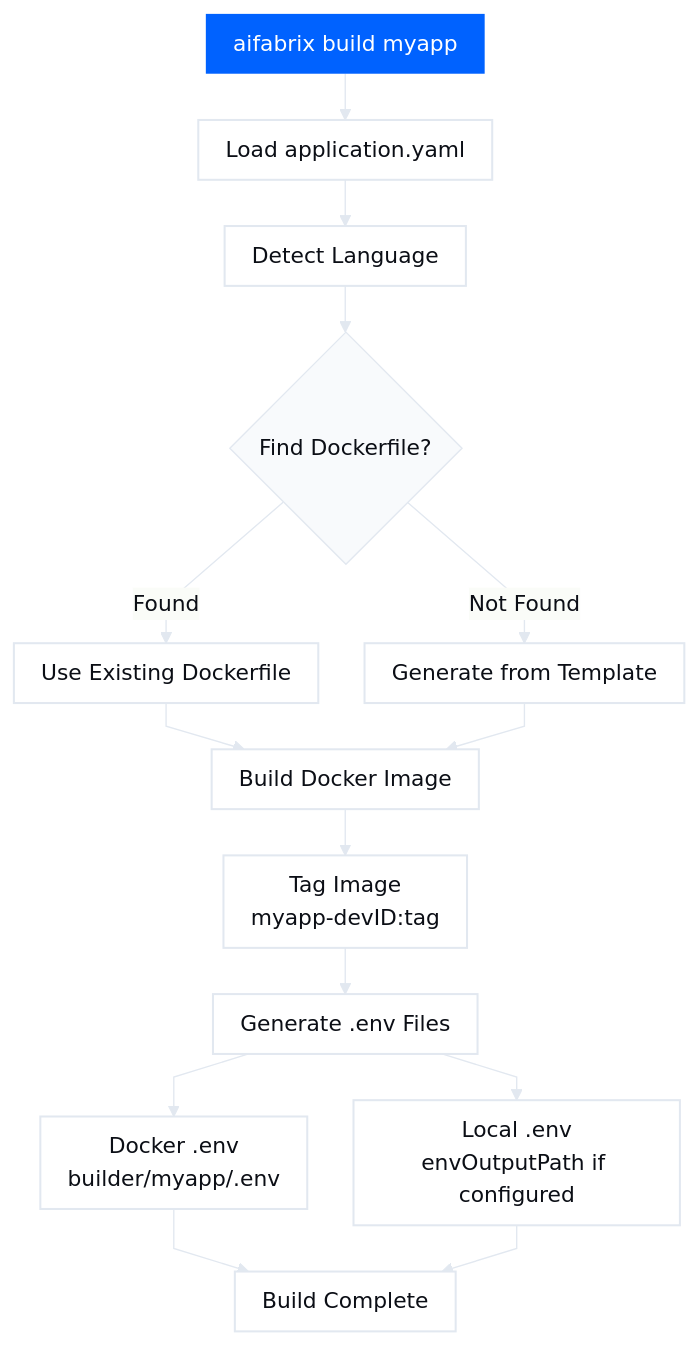
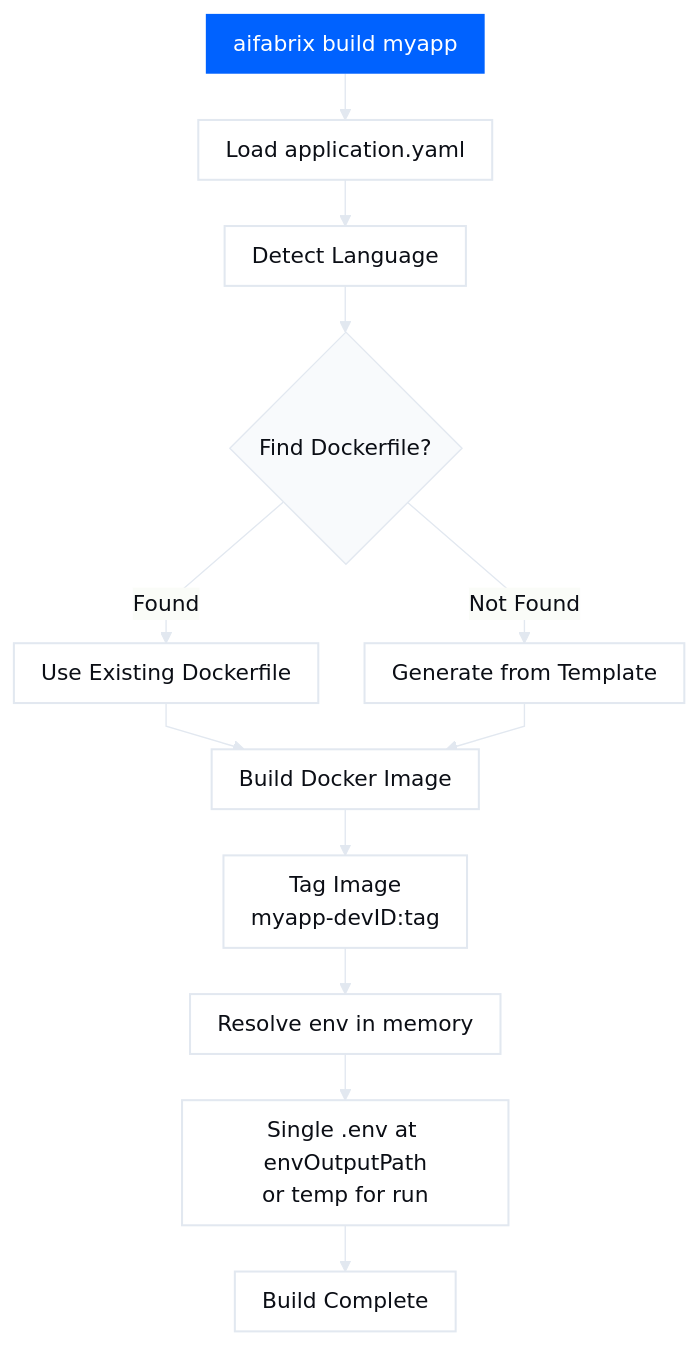
The first of 3 diagrams in docs/building.md (esystemsdev/aifabrix-builder), drawn with Mermaid before and after one commit. The commit also changed other lines of this file and 118 other files, not shown here.

````diff
--- a/docs/building.md
+++ b/docs/building.md
@@ -34,47 +28,45 @@
 ```mermaid
 %%{init: {
   "theme": "base",
   "themeVariables": {
     "fontFamily": "Poppins, Arial Rounded MT Bold, Arial, sans-serif",
     "fontSize": "16px",
     "background": "#FFFFFF",
     "primaryColor": "#F8FAFC",
     "primaryTextColor": "#0B0E15",
     "primaryBorderColor": "#E2E8F0",
     "lineColor": "#E2E8F0",
     "textColor": "#0B0E15",
     "borderRadius": 16
   },
   "flowchart": {
     "curve": "linear",
     "nodeSpacing": 34,
     "rankSpacing": 34,
     "padding": 10
   }
 }}%%
 
 flowchart TD
 
 %% =======================
 %% Styles
 %% =======================
 classDef base fill:#FFFFFF,color:#0B0E15,stroke:#E2E8F0,stroke-width:1.5px;
 classDef primary fill:#0062FF,color:#ffffff,stroke-width:0px;
 
 %% =======================
 %% Flow
 %% =======================
 Start[aifabrix build myapp]:::primary --> LoadConfig[Load application.yaml]:::base
 LoadConfig --> DetectLang[Detect Language]:::base
 DetectLang --> FindDockerfile{Find Dockerfile?}
 FindDockerfile -->|Found| UseExisting[Use Existing Dockerfile]:::base
 FindDockerfile -->|Not Found| GenerateDockerfile[Generate from Template]:::base
 UseExisting --> BuildImage[Build Docker Image]:::base
 GenerateDockerfile --> BuildImage
 BuildImage --> TagImage[Tag Image<br/>myapp-devID:tag]:::base
-TagImage --> GenerateEnv[Generate .env Files]:::base
-GenerateEnv --> DockerEnv[Docker .env<br/>builder/myapp/.env]:::base
-GenerateEnv --> LocalEnv[Local .env<br/>envOutputPath if configured]:::base
-DockerEnv --> Complete[Build Complete]:::base
-LocalEnv --> Complete
+TagImage --> ResolveEnv[Resolve env in memory]:::base
+ResolveEnv --> SingleEnv[Single .env at envOutputPath<br/>or temp for run]:::base
+SingleEnv --> Complete[Build Complete]:::base
 ```
````
